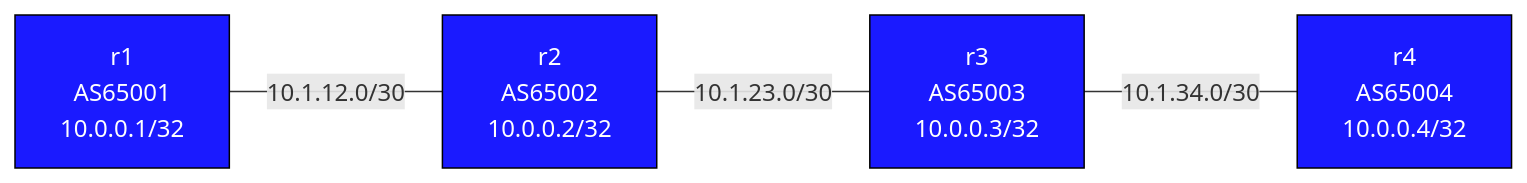
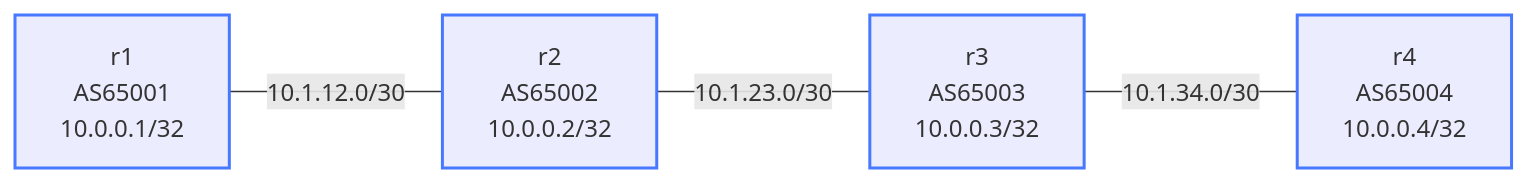
Before and after one commit to jschless/networkingLabs: the diagram in labs/bgp-communities/README.md, drawn with Mermaid. The commit also changed 250 other files, not shown here.

Commit message:
Fix unreadable topology diagrams, convert ASCII art, publish assessments (#57)

````diff
--- a/labs/bgp-communities/README.md
+++ b/labs/bgp-communities/README.md
@@ -12,14 +12,14 @@
 ```mermaid
 flowchart LR
-    r1["r1\nAS65001\n10.0.0.1/32"]
-    r2["r2\nAS65002\n10.0.0.2/32"]
-    r3["r3\nAS65003\n10.0.0.3/32"]
-    r4["r4\nAS65004\n10.0.0.4/32"]
+    r1["r1<br/>AS65001<br/>10.0.0.1/32"]
+    r2["r2<br/>AS65002<br/>10.0.0.2/32"]
+    r3["r3<br/>AS65003<br/>10.0.0.3/32"]
+    r4["r4<br/>AS65004<br/>10.0.0.4/32"]
 
     r1 -- "10.1.12.0/30" --- r2
     r2 -- "10.1.23.0/30" --- r3
     r3 -- "10.1.34.0/30" --- r4
 
-    classDef router fill:#1a1aff,color:#fff,stroke:#000
+    classDef router stroke:#4778ff,stroke-width:2px
     class r1,r2,r3,r4 router
 ```
````
